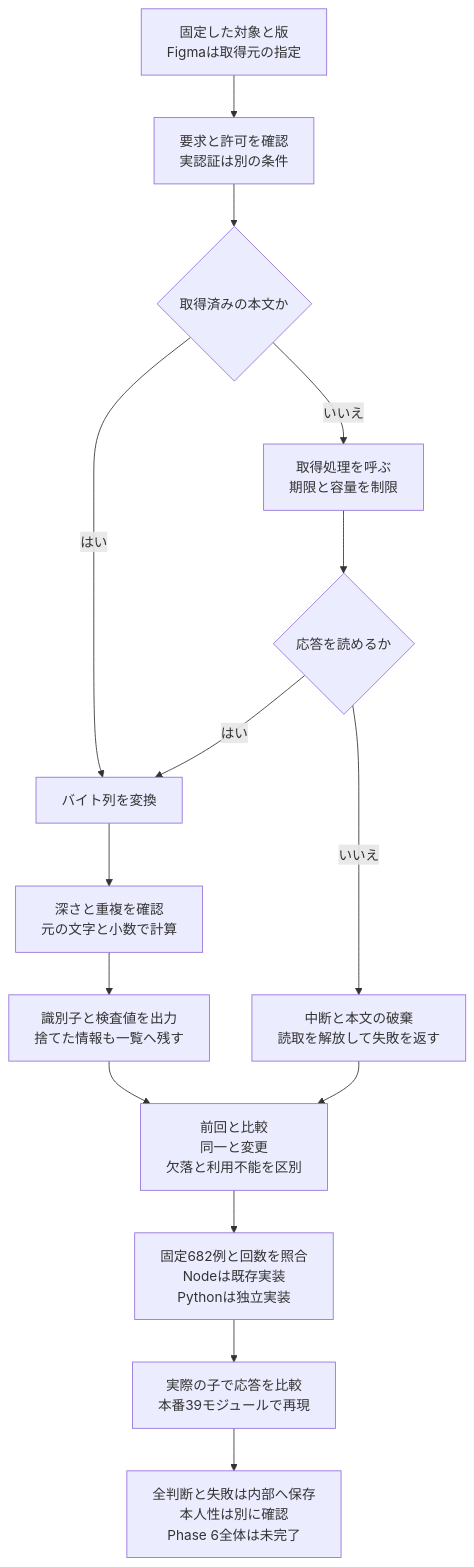
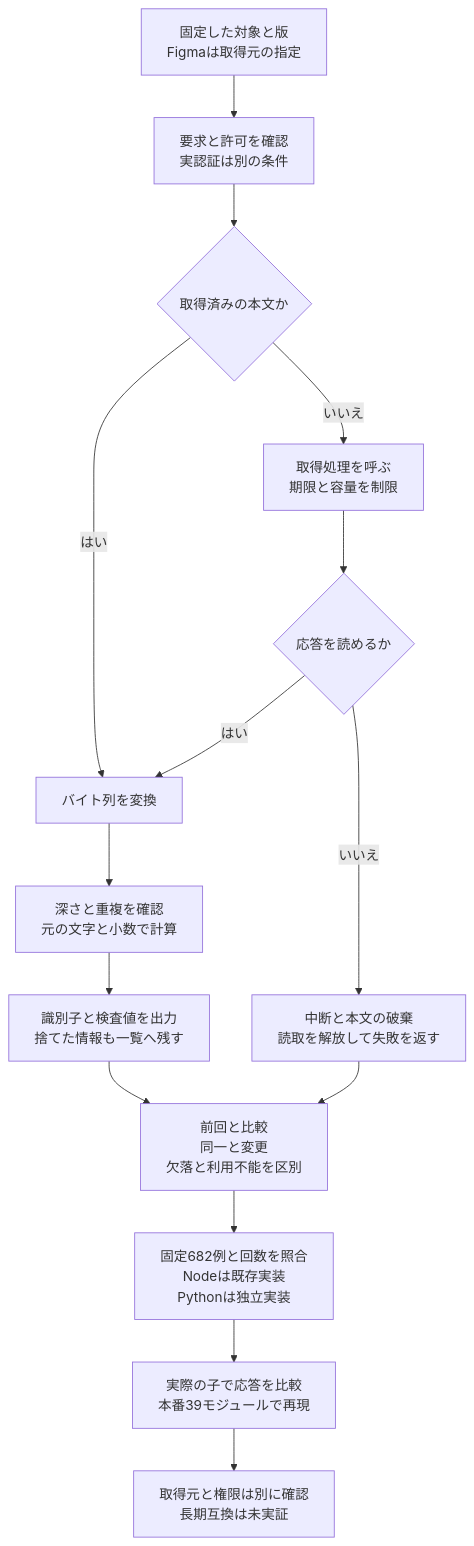
Before and after one commit to koukemo/morivyx: the diagram in docs/diagrams/python-figma-import.mmd, drawn with Mermaid. The commit also changed 5 other files, not shown here.

```diff
--- a/docs/diagrams/python-figma-import.mmd
+++ b/docs/diagrams/python-figma-import.mmd
@@ -1,15 +1,15 @@
 flowchart TD
   A[固定した対象と版<br/>Figmaは取得元の指定] --> B[要求と許可を確認<br/>実認証は別の条件]
   B --> C{取得済みの本文か}
   C -->|はい| D[バイト列を変換]
   C -->|いいえ| E[取得処理を呼ぶ<br/>期限と容量を制限]
   E --> F{応答を読めるか}
   F -->|いいえ| G[中断と本文の破棄<br/>読取を解放して失敗を返す]
   F -->|はい| D
   D --> H[深さと重複を確認<br/>元の文字と小数で計算]
   H --> I[識別子と検査値を出力<br/>捨てた情報も一覧へ残す]
   I --> J[前回と比較<br/>同一と変更<br/>欠落と利用不能を区別]
   G --> J
   J --> K[固定682例と回数を照合<br/>Nodeは既存実装<br/>Pythonは独立実装]
   K --> L[実際の子で応答を比較<br/>本番39モジュールで再現]
-  L --> M[全判断と失敗は内部へ保存<br/>本人性は別に確認<br/>Phase 6全体は未完了]
+  L --> M[取得元と権限は別に確認<br/>長期互換は未実証]
```
